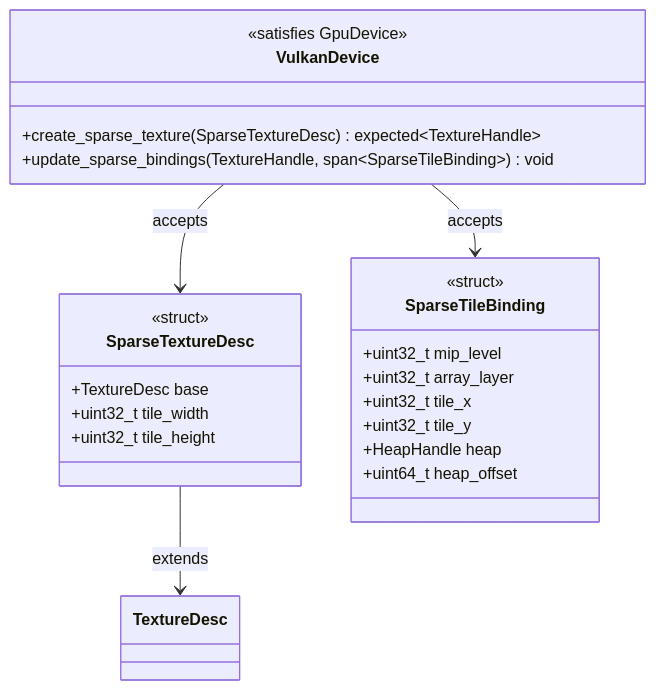
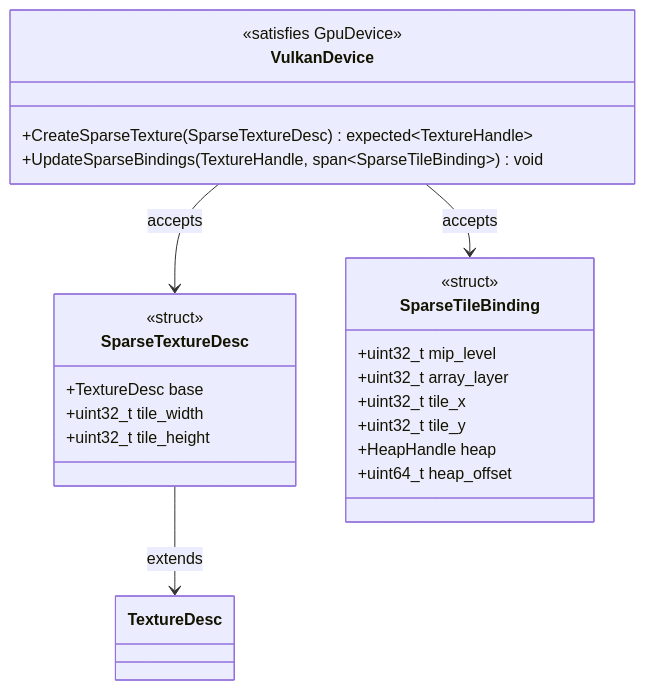
Before and after one commit to harmonius-dev/harmonius: the eighth of 34 diagrams in docs/design/gpu-backend-vulkan-classes.md, drawn with Mermaid. The commit also changed other lines of this file and 67 other files, not shown here.

````diff
--- a/docs/design/gpu-backend-vulkan-classes.md
+++ b/docs/design/gpu-backend-vulkan-classes.md
@@ -402,27 +402,27 @@
 ```mermaid
 classDiagram
     class VulkanDevice {
         <<satisfies GpuDevice>>
-        +create_sparse_texture(SparseTextureDesc) expected~TextureHandle~
-        +update_sparse_bindings(TextureHandle, span~SparseTileBinding~) void
+        +CreateSparseTexture(SparseTextureDesc) expected~TextureHandle~
+        +UpdateSparseBindings(TextureHandle, span~SparseTileBinding~) void
     }
     class SparseTextureDesc {
         <<struct>>
         +TextureDesc base
         +uint32_t tile_width
         +uint32_t tile_height
     }
     class SparseTileBinding {
         <<struct>>
         +uint32_t mip_level
         +uint32_t array_layer
         +uint32_t tile_x
         +uint32_t tile_y
         +HeapHandle heap
         +uint64_t heap_offset
     }
 
     VulkanDevice --> SparseTextureDesc : accepts
     VulkanDevice --> SparseTileBinding : accepts
     SparseTextureDesc --> TextureDesc : extends
 ```
````
